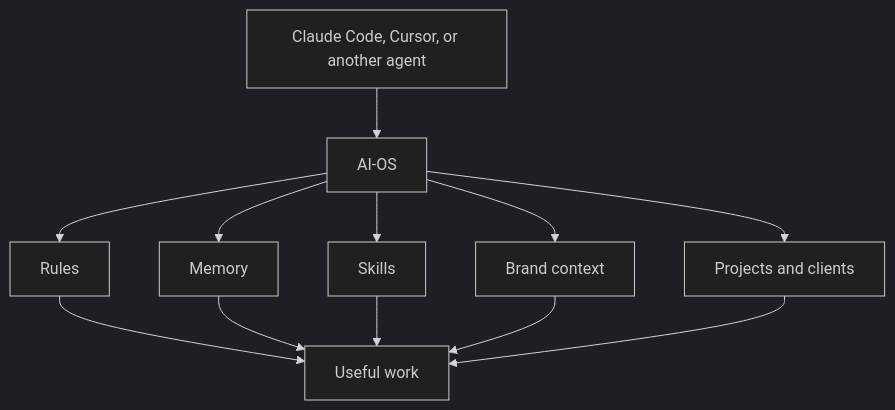
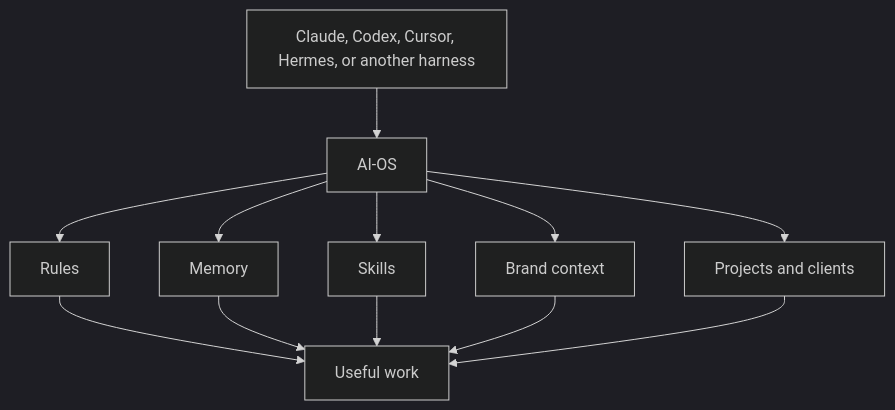
Before and after one commit to camrontaylor/AI-OS-Template: the first of 3 diagrams in docs/what-ai-os-is.md, drawn with Mermaid (dark theme). The commit also changed other lines of this file and 462 other files, not shown here.

````diff
--- a/docs/what-ai-os-is.md
+++ b/docs/what-ai-os-is.md
@@ -21,14 +24,14 @@
 ```mermaid
 flowchart TD
-  A["Claude Code, Cursor, or another agent"] --> B["AI-OS"]
+  A["Claude, Codex, Cursor, Hermes, or another harness"] --> B["AI-OS"]
   B --> C["Rules"]
   B --> D["Memory"]
   B --> E["Skills"]
   B --> F["Brand context"]
   B --> G["Projects and clients"]
   C --> H["Useful work"]
   D --> H
   E --> H
   F --> H
   G --> H
 ```
````
